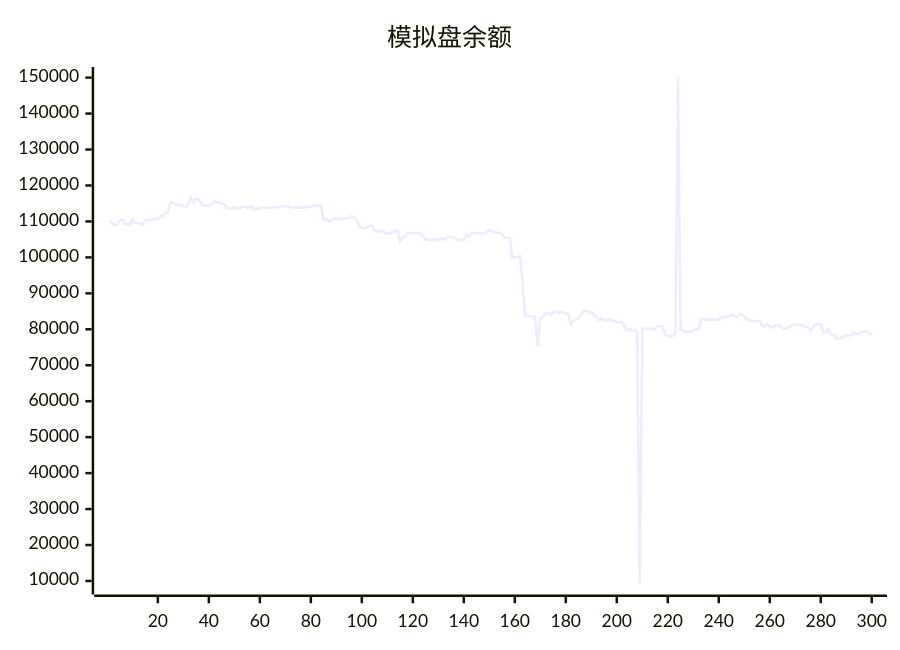
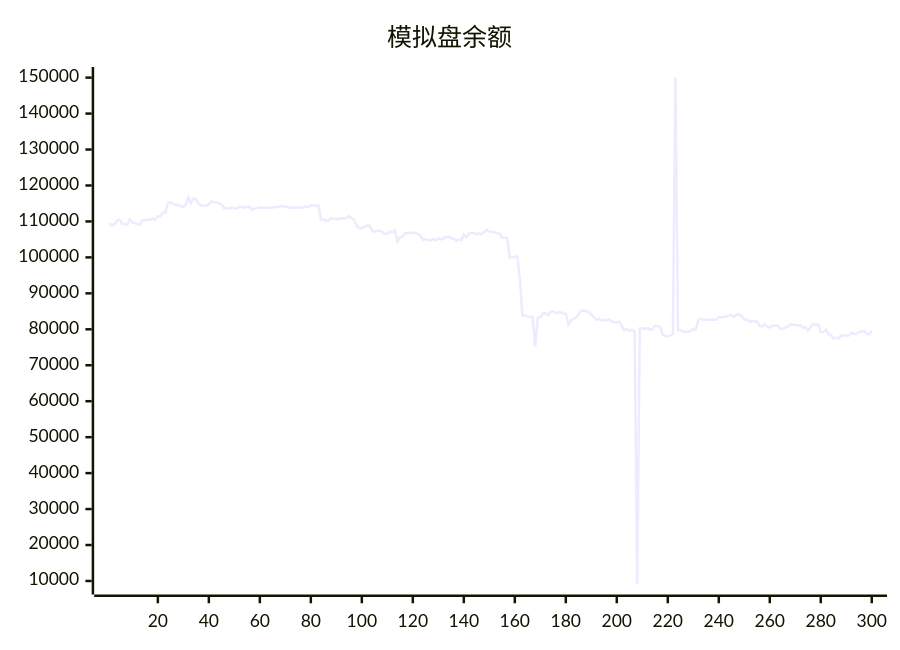
One commit to aahl/ai-trading changed the diagram in README.md. Above: the diagram before and after it, drawn with Mermaid. The commit also changed other lines of this file and 1 other file, not shown here.

````diff
--- a/README.md
+++ b/README.md
@@ -5,5 +5,5 @@
 ```mermaid
 xychart
     title "模拟盘余额"
-    line [110224,109539,108945,109172,110262,110546,109304,109343,109053,110606,109702,109584,109337,109071,110342,110342,110488,110488,110814,110531,111421,111421,112518,112522,115341,115266,114830,114584,114588,114231,113973,114726,116697,115160,116423,116083,114950,114365,114365,114388,114730,115582,115358,115358,115032,114686,113688,113688,113610,113930,113672,113585,114083,114074,113840,113996,114051,113208,113593,113701,113901,113794,113784,113810,113848,113927,113929,114064,114232,114293,114144,113960,113698,113853,113942,113812,113908,113877,114091,113998,114427,114422,114384,114384,110477,110576,110198,110198,110890,110712,110812,110569,110929,110847,110968,111478,110870,110433,108661,108116,108115,108485,108797,108877,107536,107134,107393,107393,107046,106565,106565,107081,107081,107478,104404,105715,105749,106866,106651,106889,106771,106816,106565,106141,104876,105103,104796,104734,105169,104690,105380,104941,105272,105709,105739,105374,105227,104691,104924,104762,106364,105628,106608,106748,106872,106485,106721,106468,107132,107620,107224,107080,107001,106717,106567,105431,105431,105440,99950,100017,100113,100337,93749,83795,83807,83567,83567,83342,75168,83222,83336,84448,84449,83896,84839,85065,84499,84757,84757,84364,84347,81254,82385,82835,83184,84099,85150,85150,85002,84751,84096,83356,82582,82983,82404,82572,82512,82688,82200,82047,81920,82125,80840,79688,80060,79552,79920,79470,9193,80236,80208,80170,80336,79894,80006,80954,80837,80712,78561,78139,78037,78293,78682,150000,79720,79720,79214,79372,79279,79591,80046,79993,82625,82950,82626,82571,82633,82670,82670,82681,83386,83378,83464,83579,83920,84037,83402,84160,84142,83652,82655,82655,82145,82315,82243,82163,80934,80770,81371,80742,80468,80989,80989,81067,80191,80155,80450,80737,81309,81309,81106,81119,81119,80471,80631,79624,80670,81448,81290,81429,79212,79222,79940,78643,78380,77432,77623,77504,78235,78358,78284,78277,79048,78714,78714,79290,79308,79567,78763,78563]
+    line [109539,108945,109172,110262,110546,109304,109343,109053,110606,109702,109584,109337,109071,110342,110342,110488,110488,110814,110531,111421,111421,112518,112522,115341,115266,114830,114584,114588,114231,113973,114726,116697,115160,116423,116083,114950,114365,114365,114388,114730,115582,115358,115358,115032,114686,113688,113688,113610,113930,113672,113585,114083,114074,113840,113996,114051,113208,113593,113701,113901,113794,113784,113810,113848,113927,113929,114064,114232,114293,114144,113960,113698,113853,113942,113812,113908,113877,114091,113998,114427,114422,114384,114384,110477,110576,110198,110198,110890,110712,110812,110569,110929,110847,110968,111478,110870,110433,108661,108116,108115,108485,108797,108877,107536,107134,107393,107393,107046,106565,106565,107081,107081,107478,104404,105715,105749,106866,106651,106889,106771,106816,106565,106141,104876,105103,104796,104734,105169,104690,105380,104941,105272,105709,105739,105374,105227,104691,104924,104762,106364,105628,106608,106748,106872,106485,106721,106468,107132,107620,107224,107080,107001,106717,106567,105431,105431,105440,99950,100017,100113,100337,93749,83795,83807,83567,83567,83342,75168,83222,83336,84448,84449,83896,84839,85065,84499,84757,84757,84364,84347,81254,82385,82835,83184,84099,85150,85150,85002,84751,84096,83356,82582,82983,82404,82572,82512,82688,82200,82047,81920,82125,80840,79688,80060,79552,79920,79470,9193,80236,80208,80170,80336,79894,80006,80954,80837,80712,78561,78139,78037,78293,78682,150000,79720,79720,79214,79372,79279,79591,80046,79993,82625,82950,82626,82571,82633,82670,82670,82681,83386,83378,83464,83579,83920,84037,83402,84160,84142,83652,82655,82655,82145,82315,82243,82163,80934,80770,81371,80742,80468,80989,80989,81067,80191,80155,80450,80737,81309,81309,81106,81119,81119,80471,80631,79624,80670,81448,81290,81429,79212,79222,79940,78643,78380,77432,77623,77504,78235,78358,78284,78277,79048,78714,78714,79290,79308,79567,78763,78563,79603]
 ```
````
